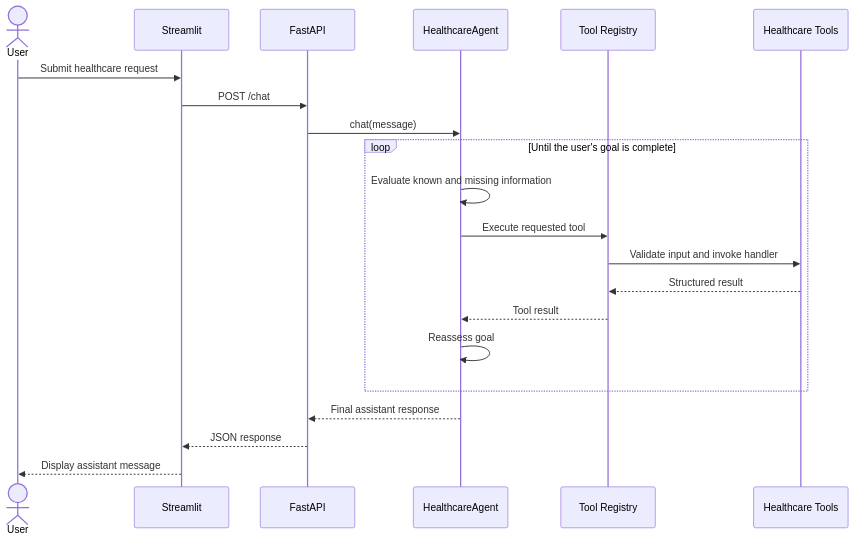
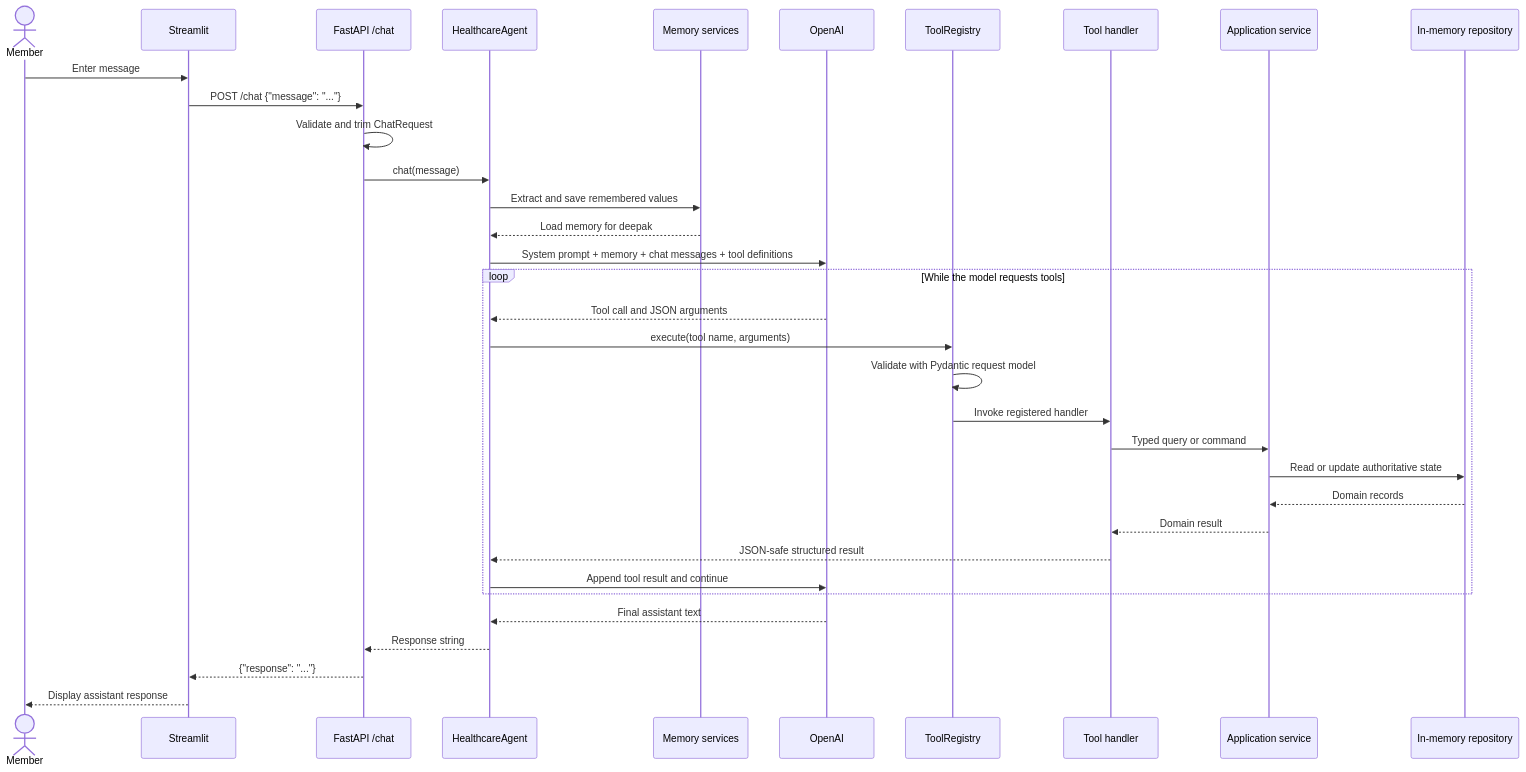
The second of 3 diagrams in docs/architecture.md (deepakkancherla/healthcare-ai-agent), drawn with Mermaid before and after one commit. The commit also changed other lines of this file, not shown here.

Commit message:
Document current application architecture

````diff
--- a/docs/architecture.md
+++ b/docs/architecture.md
@@ -23,26 +156,40 @@
 ```mermaid
 sequenceDiagram
-    actor User
+    actor Member
     participant UI as Streamlit
-    participant API as FastAPI
+    participant API as FastAPI /chat
     participant Agent as HealthcareAgent
-    participant Registry as Tool Registry
-    participant Tools as Healthcare Tools
+    participant Memory as Memory services
+    participant LLM as OpenAI
+    participant Registry as ToolRegistry
+    participant Tool as Tool handler
+    participant Service as Application service
+    participant Repo as In-memory repository
 
-    User->>UI: Submit healthcare request
-    UI->>API: POST /chat
+    Member->>UI: Enter message
+    UI->>API: POST /chat {"message": "..."}
+    API->>API: Validate and trim ChatRequest
     API->>Agent: chat(message)
 
-    loop Until the user's goal is complete
-        Agent->>Agent: Evaluate known and missing information
-        Agent->>Registry: Execute requested tool
-        Registry->>Tools: Validate input and invoke handler
-        Tools-->>Registry: Structured result
-        Registry-->>Agent: Tool result
-        Agent->>Agent: Reassess goal
+    Agent->>Memory: Extract and save remembered values
+    Memory-->>Agent: Load memory for deepak
+    Agent->>LLM: System prompt + memory + chat messages + tool definitions
+
+    loop While the model requests tools
+        LLM-->>Agent: Tool call and JSON arguments
+        Agent->>Registry: execute(tool name, arguments)
+        Registry->>Registry: Validate with Pydantic request model
+        Registry->>Tool: Invoke registered handler
+        Tool->>Service: Typed query or command
+        Service->>Repo: Read or update authoritative state
+        Repo-->>Service: Domain records
+        Service-->>Tool: Domain result
+        Tool-->>Agent: JSON-safe structured result
+        Agent->>LLM: Append tool result and continue
     end
 
-    Agent-->>API: Final assistant response
-    API-->>UI: JSON response
-    UI-->>User: Display assistant message
+    LLM-->>Agent: Final assistant text
+    Agent-->>API: Response string
+    API-->>UI: {"response": "..."}
+    UI-->>Member: Display assistant response
 ```
````
